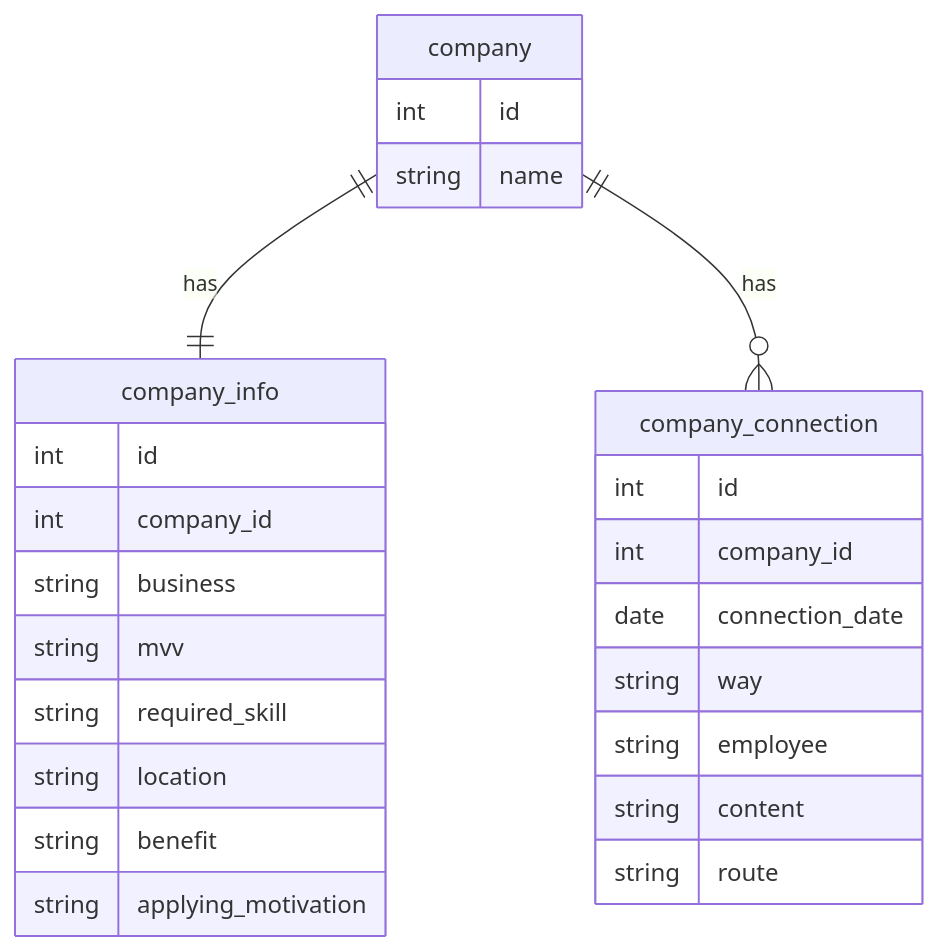
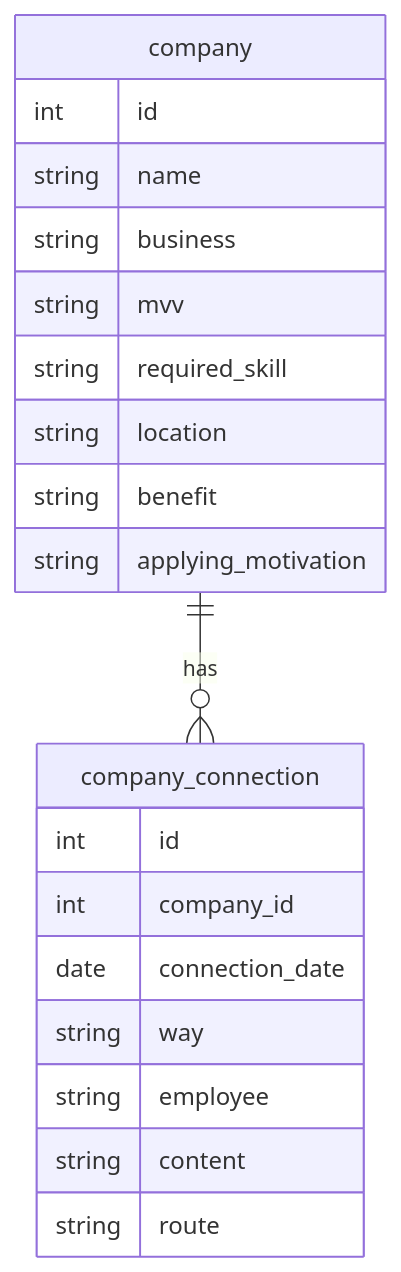
One commit to kmusicsports/JobCollection changed the diagram in README.md. Above: the diagram before and after it, drawn with Mermaid. The commit also changed other lines of this file, not shown here.

Commit message:
update ER diagram and table definition and directory configuration in README.md

````diff
--- a/README.md
+++ b/README.md
@@ -121,28 +121,23 @@
 ```Mermaid
 erDiagram
-  company ||--|| company_info : has
   company {
     int id
     string name
-  }
-  company_info {
-    int id
-    int company_id
     string business
     string mvv
     string required_skill
     string location
     string benefit
     string applying_motivation
   }
   company ||--o{ company_connection : has
   company_connection {
     int id
     int company_id
     date connection_date
     string way
     string employee
     string content
     string route
   }
 ```
````
